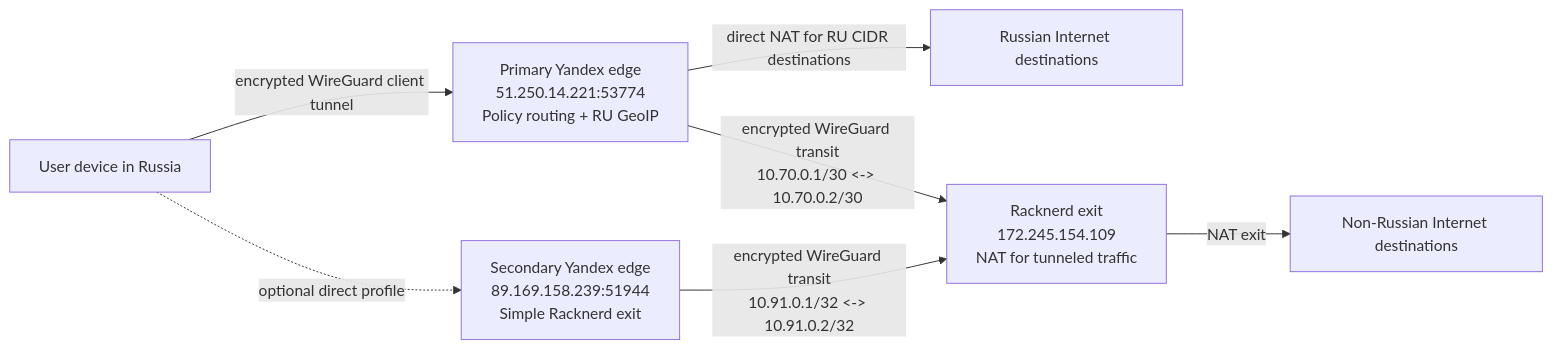
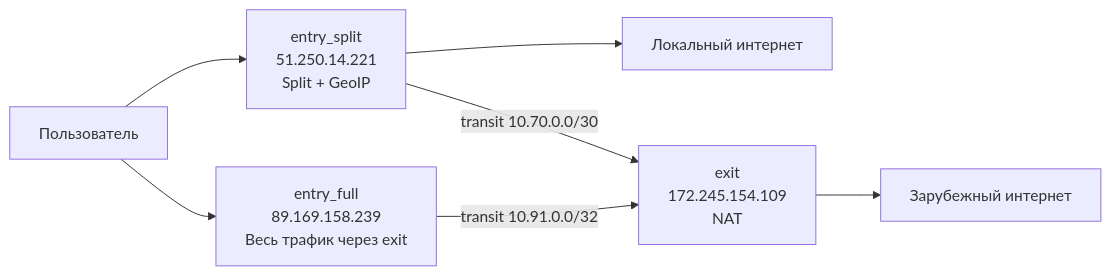
The diagram in ansible/docs/cascade-vpn-architecture.md (ca11mebaraka/vpn-gen), drawn with Mermaid before and after one commit. The commit also changed other lines of this file and 74 other files, not shown here.

First line of the commit message:
Refactor to entry/exit model and add Russian docs with quick start.

````diff
--- a/ansible/docs/cascade-vpn-architecture.md
+++ b/ansible/docs/cascade-vpn-architecture.md
@@ -41,16 +25,16 @@
 ```mermaid
 flowchart LR
-  user[User device in Russia]
-  yc[Primary Yandex edge\n51.250.14.221:53774\nPolicy routing + RU GeoIP]
-  yd[Secondary Yandex edge\n89.169.158.239:51944\nSimple Racknerd exit]
-  rn[Racknerd exit\n172.245.154.109\nNAT for tunneled traffic]
-  ru[Russian Internet destinations]
-  world[Non-Russian Internet destinations]
+  user[Пользователь]
+  split[entry_split\n51.250.14.221\nSplit + GeoIP]
+  full[entry_full\n89.169.158.239\nВесь трафик через exit]
+  exit[exit\n172.245.154.109\nNAT]
+  local[Локальный интернет]
+  world[Зарубежный интернет]
 
-  user -- encrypted WireGuard client tunnel --> yc
-  user -. optional direct profile .-> yd
-  yc -- direct NAT for RU CIDR destinations --> ru
-  yc -- encrypted WireGuard transit\n10.70.0.1/30 <-> 10.70.0.2/30 --> rn
-  yd -- encrypted WireGuard transit\n10.91.0.1/32 <-> 10.91.0.2/32 --> rn
-  rn -- NAT exit --> world
+  user --> split
+  user --> full
+  split --> local
+  split -->|transit 10.70.0.0/30| exit
+  full -->|transit 10.91.0.0/32| exit
+  exit --> world
 ```
````
